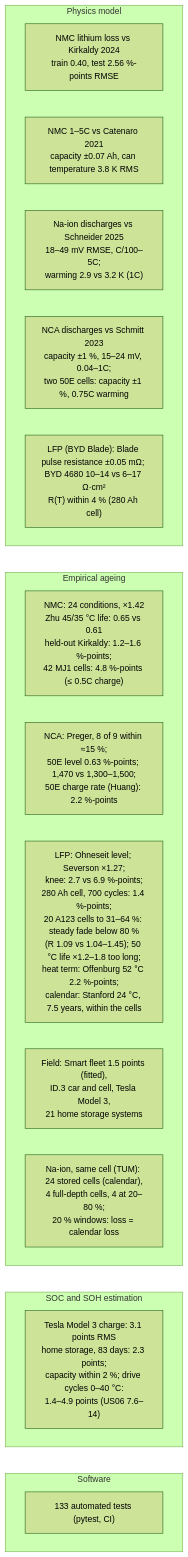
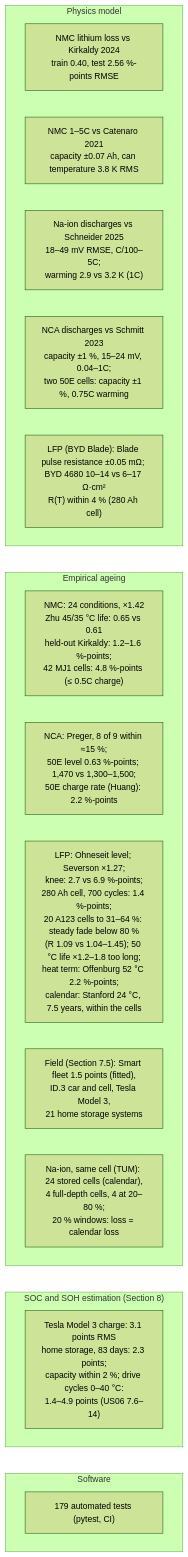
Diagram 13 of 13 in README.md (TheJohn01/DigitalTwinBattery), drawn with Mermaid (forest theme) before and after one commit. The commit also changed other lines of this file and 10 other files, not shown here.

````diff
--- a/README.md
+++ b/README.md
@@ -2062,24 +2328,24 @@
 ```mermaid
 flowchart TB
     subgraph PHY["Physics model"]
         V1["NMC lithium loss vs Kirkaldy 2024<br/>train 0.40, test 2.56 %-points RMSE"]
         V9["NMC 1–5C vs Catenaro 2021<br/>capacity ±0.07 Ah, can temperature 3.8 K RMS"]
         V0["Na-ion discharges vs Schneider 2025<br/>18–49 mV RMSE, C/100–5C;<br/>warming 2.9 vs 3.2 K (1C)"]
         V7["NCA discharges vs Schmitt 2023<br/>capacity ±1 %, 15–24 mV, 0.04–1C;<br/>two 50E cells: capacity ±1 %, 0.75C warming"]
         V8["LFP (BYD Blade): Blade pulse resistance ±0.05 mΩ; BYD 4680 10–14 vs 6–17 Ω·cm²<br/>R(T) within 4 % (280 Ah cell)"]
     end
     subgraph EMP["Empirical ageing"]
         V2["NMC: 24 conditions, ×1.42<br/>Zhu 45/35 °C life: 0.65 vs 0.61<br/>held-out Kirkaldy: 1.2–1.6 %-points;<br/>42 MJ1 cells: 4.8 %-points (≤ 0.5C charge)"]
         V3["NCA: Preger, 8 of 9 within ≈15 %;<br/>50E level 0.63 %-points; 1,470 vs 1,300–1,500;<br/>50E charge rate (Huang): 2.2 %-points"]
         V4["LFP: Ohneseit level; Severson ×1.27;<br/>knee: 2.7 vs 6.9 %-points;<br/>280 Ah cell, 700 cycles: 1.4 %-points;<br/>20 A123 cells to 31–64 %: steady fade below 80 %<br/>(R 1.09 vs 1.04–1.45); 50 °C life ×1.2–1.8 too long;<br/>heat term: Offenburg 52 °C 2.2 %-points;<br/>calendar: Stanford 24 °C, 7.5 years, within the cells"]
-        V11["Field: Smart fleet 1.5 points (fitted),<br/>ID.3 car and cell, Tesla Model 3,<br/>21 home storage systems"]
+        V11["Field (Section 7.5): Smart fleet 1.5 points (fitted),<br/>ID.3 car and cell, Tesla Model 3,<br/>21 home storage systems"]
         V5["Na-ion, same cell (TUM): 24 stored cells (calendar),<br/>4 full-depth cells, 4 at 20–80 %;<br/>20 % windows: loss = calendar loss"]
     end
-    subgraph EST["SOC and SOH estimation"]
+    subgraph EST["SOC and SOH estimation (Section 8)"]
         V10["Tesla Model 3 charge: 3.1 points RMS<br/>home storage, 83 days: 2.3 points;<br/>capacity within 2 %; drive cycles 0–40 °C:<br/>1.4–4.9 points (US06 7.6–14)"]
     end
     subgraph SW["Software"]
-        V6["133 automated tests (pytest, CI)"]
+        V6["179 automated tests (pytest, CI)"]
     end
     PHY ~~~ EMP ~~~ EST ~~~ SW
 ```
````
